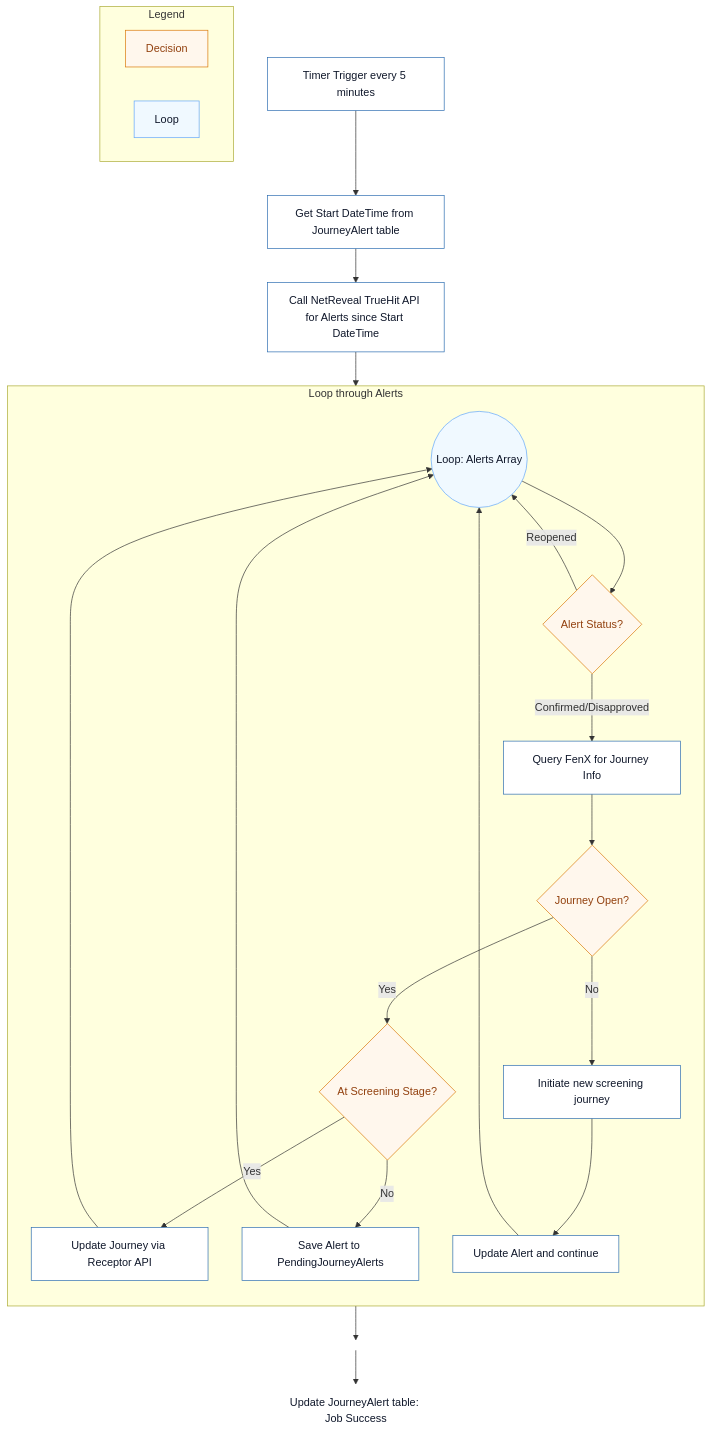
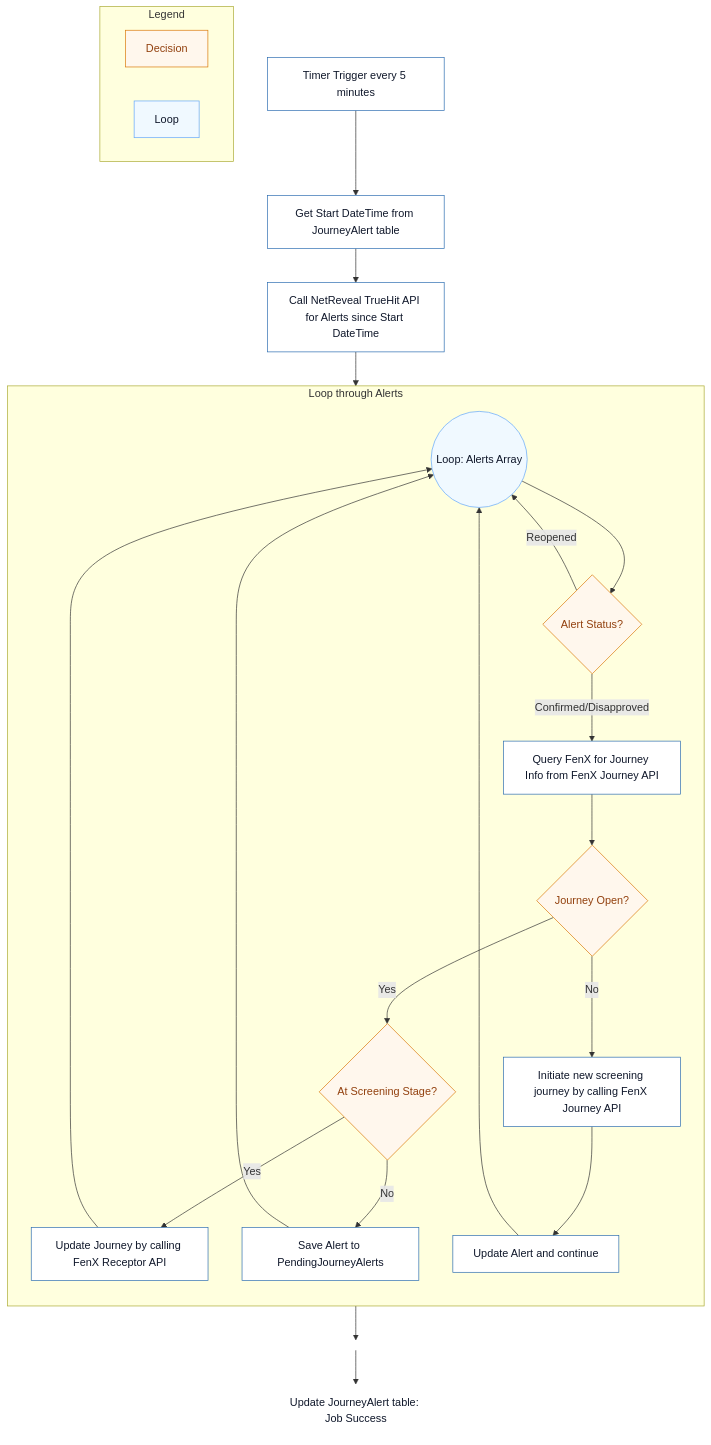
One commit to jojokoshy/Architecture_Diagrams_Python_AI changed the diagram in Arch_Diagrams/AlertsFlow.mmd. Above: the diagram before and after it, drawn with Mermaid. The commit also changed 2 other files, not shown here.

Commit message:
Add sequence diagram for AlertsFlow process and enhance clarity in participant interactions

```diff
--- a/Arch_Diagrams/AlertsFlow.mmd
+++ b/Arch_Diagrams/AlertsFlow.mmd
@@ -1,46 +1,46 @@
 
 %%{init: {"theme":"default","themeVariables": {"background":"#ffffff","fontSize":"14"}}}%%
 flowchart TB
 
 %% Shared styles
 classDef step fill:#ffffff,stroke:#2b6cb0,color:#0f172a,stroke-width:1px;
 classDef decision fill:#fff7ed,stroke:#d97706,color:#92400e,stroke-width:1px;
 classDef loop fill:#f0f9ff,stroke:#60a5fa,color:#0f172a,stroke-width:1px;
 classDef footer fill:#ffffff,stroke:none,color:#0f172a;
 
 %% Main Flow
 
 A[Timer Trigger every 5 minutes]:::step --> B[Get Start DateTime from JourneyAlert table]:::step
 B --> C[Call NetReveal TrueHit API for Alerts since Start DateTime]:::step
 
 %% loop entry after C
 C --> AlertsLoopStart((Loop: Alerts Array)):::loop
 
 subgraph AlertsLoop [Loop through Alerts]
 	direction TB
 	AlertsLoopStart --> D{Alert Status?}:::decision
-	D -->|Confirmed/Disapproved| E[Query FenX for Journey Info]:::step
+	D -->|Confirmed/Disapproved| E[Query FenX for Journey Info from FenX Journey API]:::step
 	D -->|Reopened| AlertsLoopStart
 
 	E --> F1{Journey Open?}:::decision
 	F1 -->|Yes| F2{At Screening Stage?}:::decision
-	F1 -->|No| J1[Initiate new screening journey]:::step
-	F2 -->|Yes| G[Update Journey via Receptor API]:::step
+	F1 -->|No| J1[Initiate new screening journey by calling FenX Journey API]:::step
+	F2 -->|Yes| G[Update Journey by calling FenX Receptor API]:::step
 	G --> AlertsLoopStart
 	F2 -->|No| I[Save Alert to PendingJourneyAlerts]:::step
 
 	J1 --> J2[Update Alert and continue]:::step
 	J2 --> AlertsLoopStart
 	I --> AlertsLoopStart
 end
 
 %% Legend
 subgraph Legend [Legend]
 	direction LR
 	L2[Decision]:::decision
 	L3[Loop]:::loop	
 end
 
 AlertsLoop --> BottomAnchor(( ))
 BottomAnchor --> O[Update JourneyAlert table: Job Success]:::footer
 class BottomAnchor footer
```
